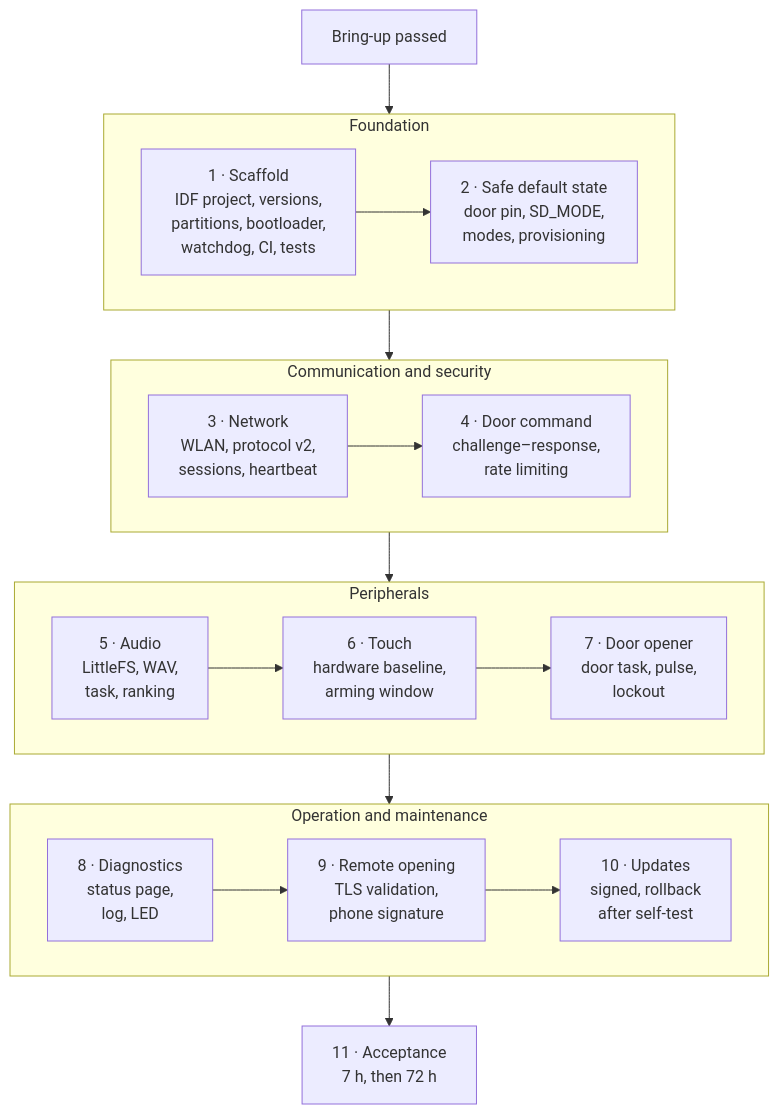
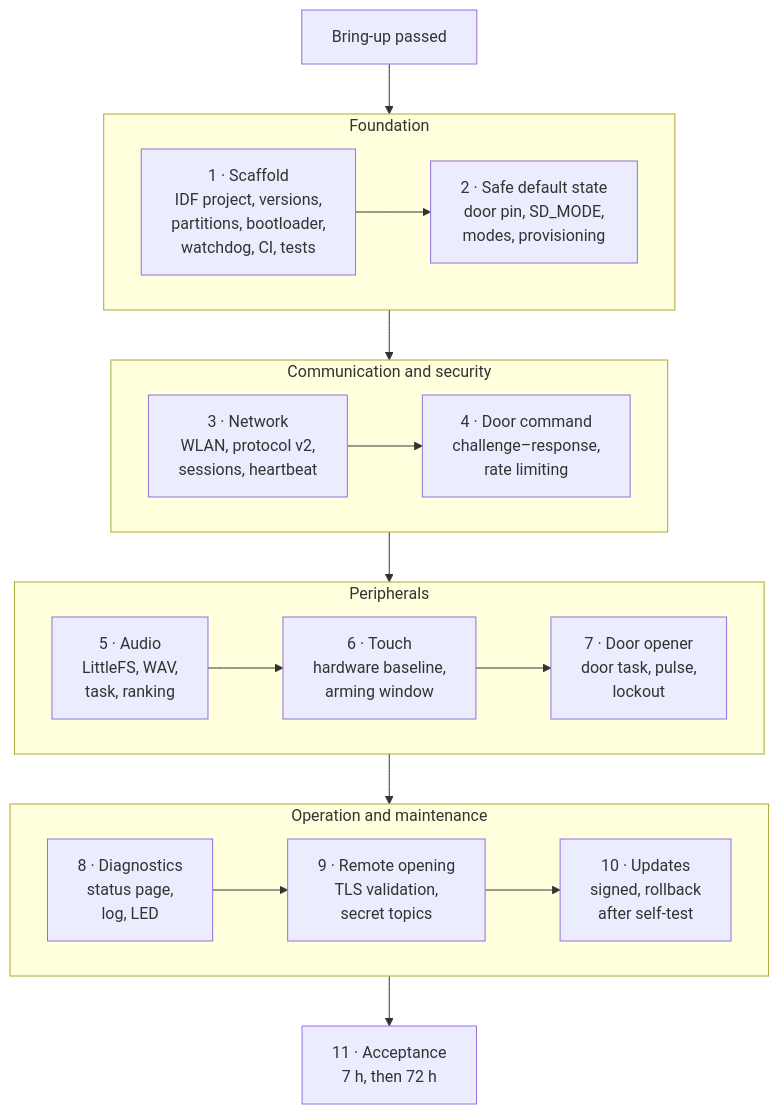
One commit to akoerner-dev/ClearBell changed the ninth of 9 diagrams in docs/Softwarearchitektur_V0.2.en.md. Above: the diagram before and after it, drawn with Mermaid. The commit also changed other lines of this file and 19 other files, not shown here.

````diff
--- a/docs/Softwarearchitektur_V0.2.en.md
+++ b/docs/Softwarearchitektur_V0.2.en.md
@@ -1031,21 +1033,21 @@
 ```mermaid
 graph TB
     subgraph A["Foundation"]
         direction LR
         S1["1 · Scaffold<br/>IDF project, versions,<br/>partitions, bootloader,<br/>watchdog, CI, tests"] --> S2["2 · Safe default state<br/>door pin, SD_MODE,<br/>modes, provisioning"]
     end
     subgraph B["Communication and security"]
         direction LR
         S3["3 · Network<br/>WLAN, protocol v2,<br/>sessions, heartbeat"] --> S4["4 · Door command<br/>challenge–response,<br/>rate limiting"]
     end
     subgraph C["Peripherals"]
         direction LR
         S5["5 · Audio<br/>LittleFS, WAV,<br/>task, ranking"] --> S6["6 · Touch<br/>hardware baseline,<br/>arming window"] --> S7["7 · Door opener<br/>door task, pulse,<br/>lockout"]
     end
     subgraph D["Operation and maintenance"]
         direction LR
-        S8["8 · Diagnostics<br/>status page,<br/>log, LED"] --> S9["9 · Remote opening<br/>TLS validation,<br/>phone signature"] --> S10["10 · Updates<br/>signed, rollback<br/>after self-test"]
+        S8["8 · Diagnostics<br/>status page,<br/>log, LED"] --> S9["9 · Remote opening<br/>TLS validation,<br/>secret topics"] --> S10["10 · Updates<br/>signed, rollback<br/>after self-test"]
     end
     S0["Bring-up passed"] --> A
     A --> B --> C --> D --> S11["11 · Acceptance<br/>7 h, then 72 h"]
 ```
````
